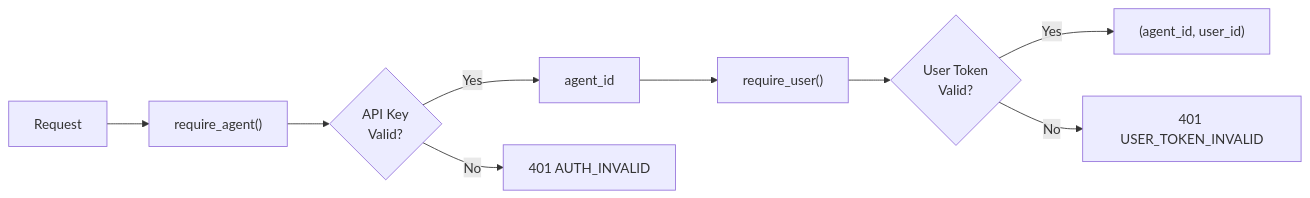
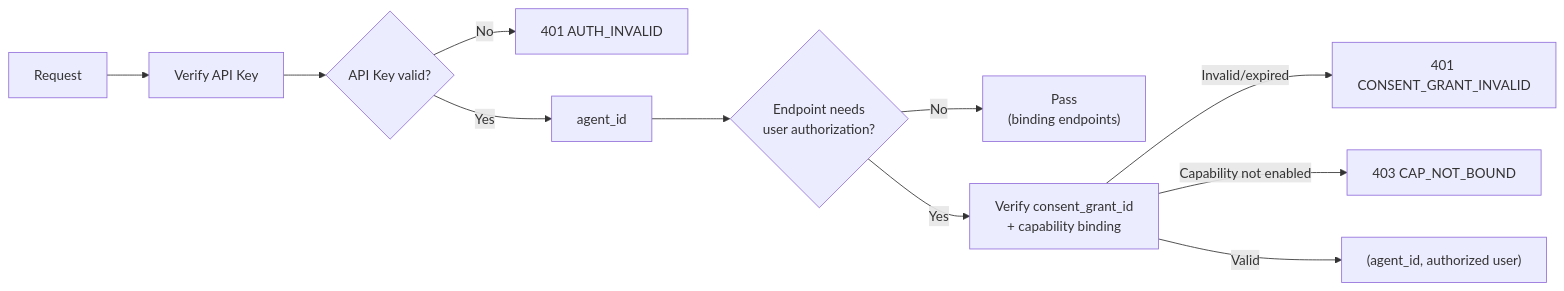
Before and after one commit to clawdot/docs: the diagram in en/gateway/authentication.mdx, drawn with Mermaid. The commit also changed other lines of this file and 96 other files, not shown here.

````diff
--- a/en/gateway/authentication.mdx
+++ b/en/gateway/authentication.mdx
@@ -10,11 +10,13 @@
 ```mermaid
 flowchart LR
-  A["Request"] --> B["require_agent()"]
-  B --> C{"API Key<br/>Valid?"}
+  A["Request"] --> B["Verify API Key"]
+  B --> C{"API Key valid?"}
+  C -- No --> E["401 AUTH_INVALID"]
   C -- Yes --> D["agent_id"]
-  C -- No --> E["401 AUTH_INVALID"]
-  D --> F["require_user()"]
-  F --> G{"User Token<br/>Valid?"}
-  G -- Yes --> H["(agent_id, user_id)"]
-  G -- No --> I["401 USER_TOKEN_INVALID"]
+  D --> F{"Endpoint needs<br/>user authorization?"}
+  F -- No --> Z["Pass<br/>(binding endpoints)"]
+  F -- Yes --> G["Verify consent_grant_id<br/>+ capability binding"]
+  G -- Invalid/expired --> H["401 CONSENT_GRANT_INVALID"]
+  G -- Capability not enabled --> I["403 CAP_NOT_BOUND"]
+  G -- Valid --> J["(agent_id, authorized user)"]
 ```
````
